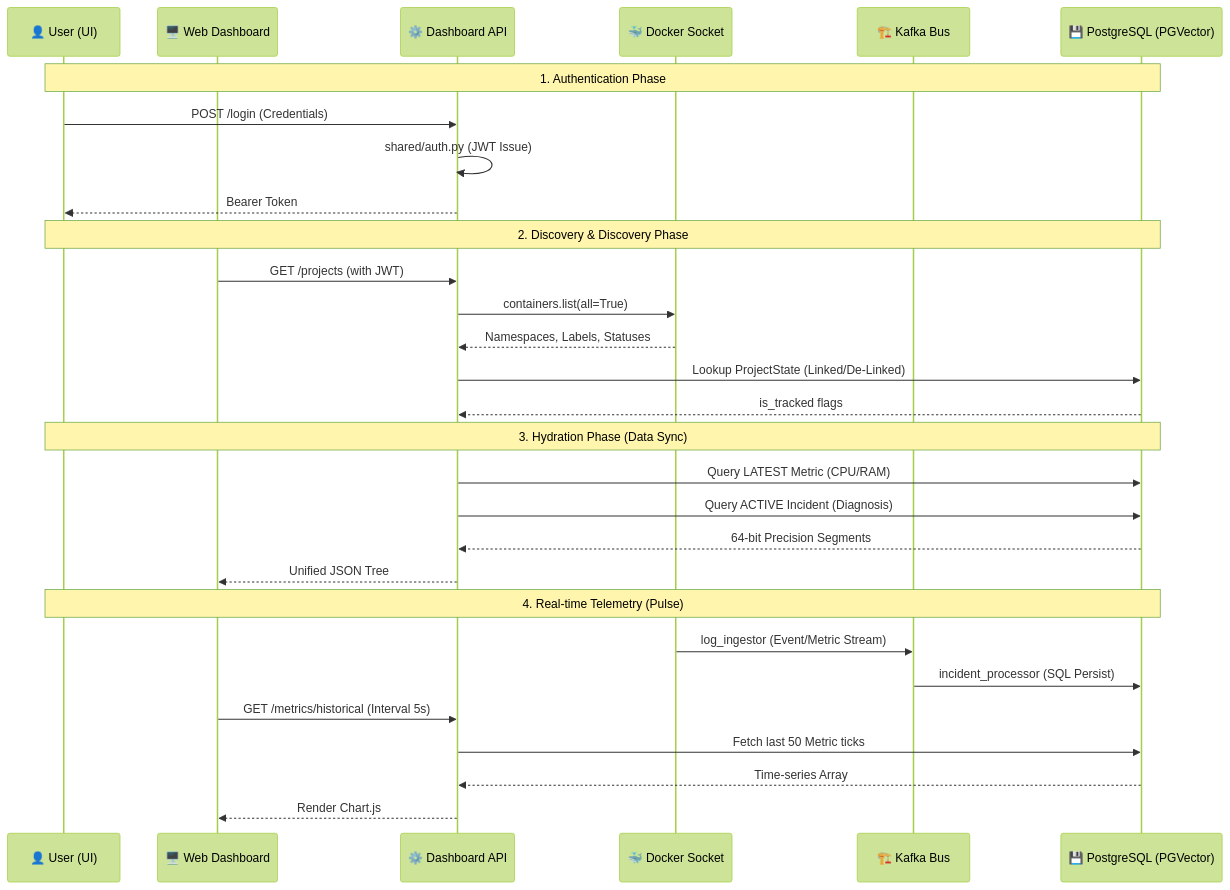
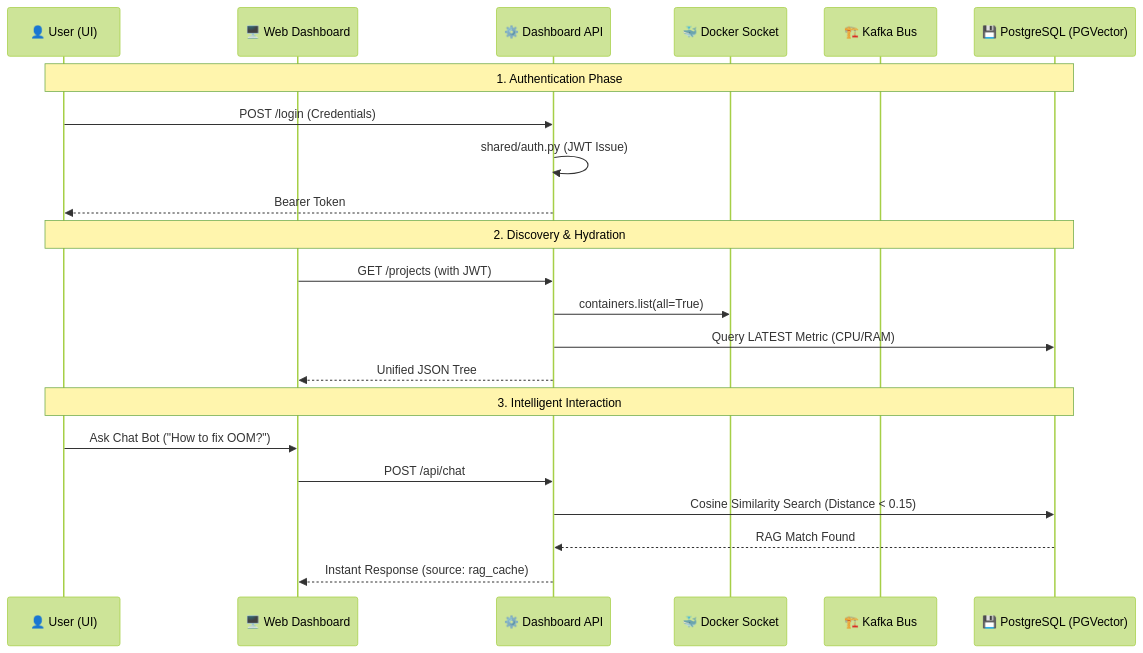
One commit to TulsiDubey/container_doctor changed the second of 2 diagrams in README.md. Above: the diagram before and after it, drawn with Mermaid (forest theme). The commit also changed other lines of this file and 3 other files, not shown here.

````diff
--- a/README.md
+++ b/README.md
@@ -150,35 +149,27 @@
 ```mermaid
 sequenceDiagram
     participant User as 👤 User (UI)
     participant Dashboard as 🖥️ Web Dashboard
     participant API as ⚙️ Dashboard API
     participant Docker as 🐳 Docker Socket
     participant Kafka as 🏗️ Kafka Bus
     participant DB as 💾 PostgreSQL (PGVector)
 
     Note over User, DB: 1. Authentication Phase
     User->>API: POST /login (Credentials)
     API->>API: shared/auth.py (JWT Issue)
     API-->>User: Bearer Token
 
-    Note over User, DB: 2. Discovery & Discovery Phase
+    Note over User, DB: 2. Discovery & Hydration
     Dashboard->>API: GET /projects (with JWT)
     API->>Docker: containers.list(all=True)
-    Docker-->>API: Namespaces, Labels, Statuses
-    API->>DB: Lookup ProjectState (Linked/De-Linked)
-    DB-->>API: is_tracked flags
-    
-    Note over User, DB: 3. Hydration Phase (Data Sync)
     API->>DB: Query LATEST Metric (CPU/RAM)
-    API->>DB: Query ACTIVE Incident (Diagnosis)
-    DB-->>API: 64-bit Precision Segments
     API-->>Dashboard: Unified JSON Tree
 
-    Note over User, DB: 4. Real-time Telemetry (Pulse)
-    Docker->>Kafka: log_ingestor (Event/Metric Stream)
-    Kafka->>DB: incident_processor (SQL Persist)
-    Dashboard->>API: GET /metrics/historical (Interval 5s)
-    API->>DB: Fetch last 50 Metric ticks
-    DB-->>API: Time-series Array
-    API-->>Dashboard: Render Chart.js
+    Note over User, DB: 3. Intelligent Interaction
+    User->>Dashboard: Ask Chat Bot ("How to fix OOM?")
+    Dashboard->>API: POST /api/chat
+    API->>DB: Cosine Similarity Search (Distance < 0.15)
+    DB-->>API: RAG Match Found
+    API-->>Dashboard: Instant Response (source: rag_cache)
 ```
````
